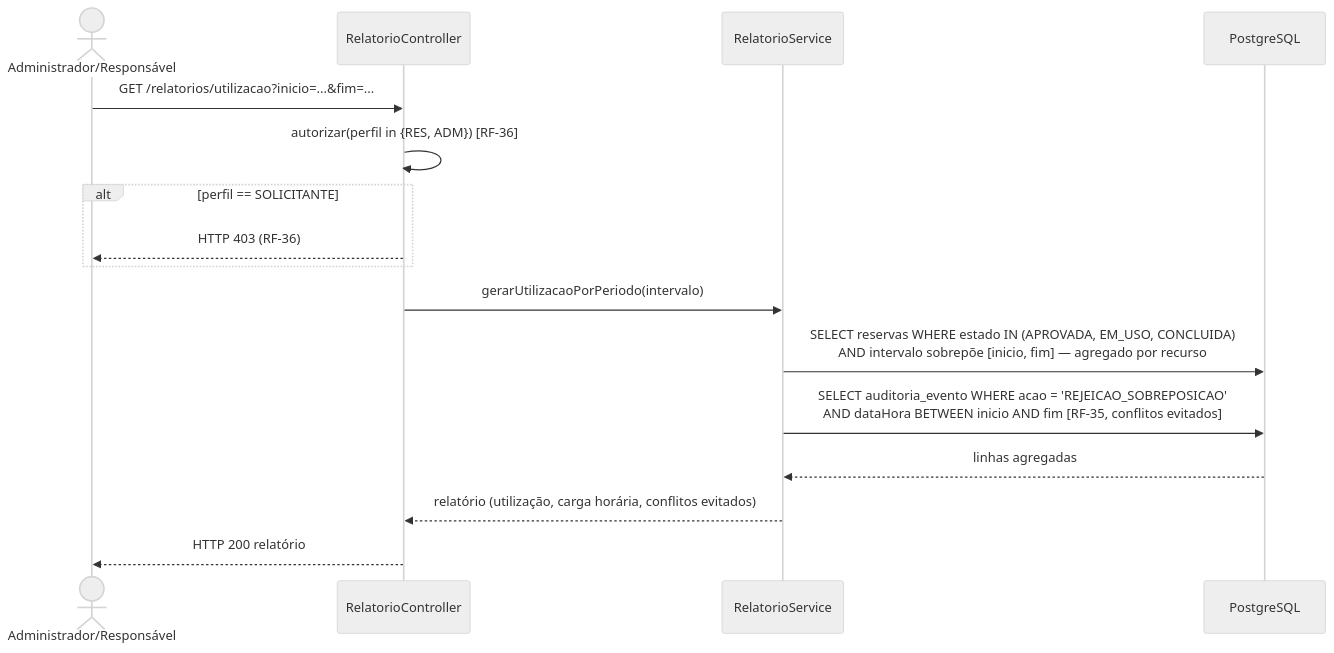
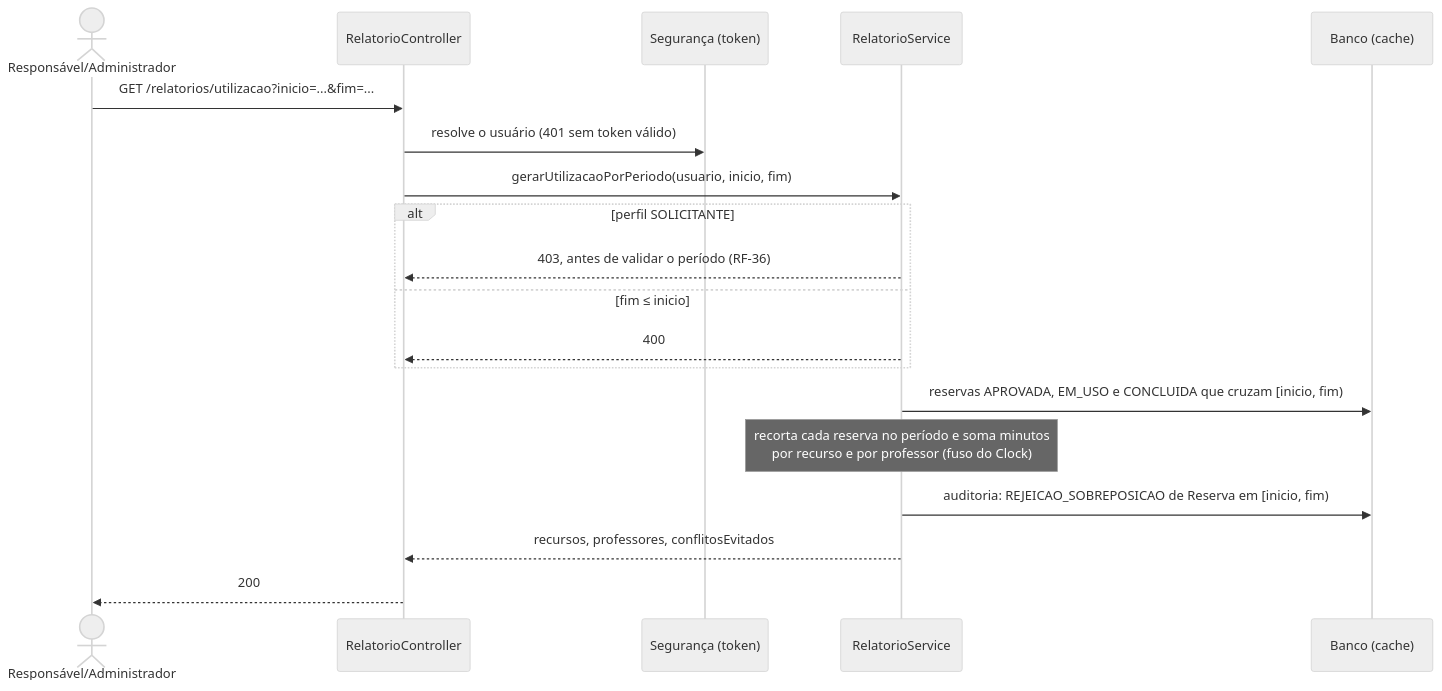
Before and after one commit to DaniloDamasio/EduAloca: the sixth of 6 diagrams in DOCS/arquitetura.md, drawn with Mermaid (neutral theme). The commit also changed other lines of this file, not shown here.

````diff
--- a/DOCS/arquitetura.md
+++ b/DOCS/arquitetura.md
@@ -467,19 +526,22 @@
 ```mermaid
 sequenceDiagram
-    actor ADM as Administrador/Responsável
+    actor U as Responsável/Administrador
     participant API as RelatorioController
+    participant SEG as Segurança (token)
     participant SRV as RelatorioService
-    participant DB as PostgreSQL
+    participant C as Banco (cache)
 
-    ADM->>API: GET /relatorios/utilizacao?inicio=...&fim=...
-    API->>API: autorizar(perfil in {RES, ADM}) [RF-36]
-    alt perfil == SOLICITANTE
-        API-->>ADM: HTTP 403 (RF-36)
+    U->>API: GET /relatorios/utilizacao?inicio=...&fim=...
+    API->>SEG: resolve o usuário (401 sem token válido)
+    API->>SRV: gerarUtilizacaoPorPeriodo(usuario, inicio, fim)
+    alt perfil SOLICITANTE
+        SRV-->>API: 403, antes de validar o período (RF-36)
+    else fim ≤ inicio
+        SRV-->>API: 400
     end
-    API->>SRV: gerarUtilizacaoPorPeriodo(intervalo)
-    SRV->>DB: SELECT reservas WHERE estado IN (APROVADA, EM_USO, CONCLUIDA)<br/>AND intervalo sobrepõe [inicio, fim] — agregado por recurso
-    SRV->>DB: SELECT auditoria_evento WHERE acao = 'REJEICAO_SOBREPOSICAO'<br/>AND dataHora BETWEEN inicio AND fim [RF-35, conflitos evitados]
-    DB-->>SRV: linhas agregadas
-    SRV-->>API: relatório (utilização, carga horária, conflitos evitados)
-    API-->>ADM: HTTP 200 relatório
+    SRV->>C: reservas APROVADA, EM_USO e CONCLUIDA que cruzam [inicio, fim)
+    Note over SRV: recorta cada reserva no período e soma minutos<br/>por recurso e por professor (fuso do Clock)
+    SRV->>C: auditoria: REJEICAO_SOBREPOSICAO de Reserva em [inicio, fim)
+    SRV-->>API: recursos, professores, conflitosEvitados
+    API-->>U: 200
 ```
````
